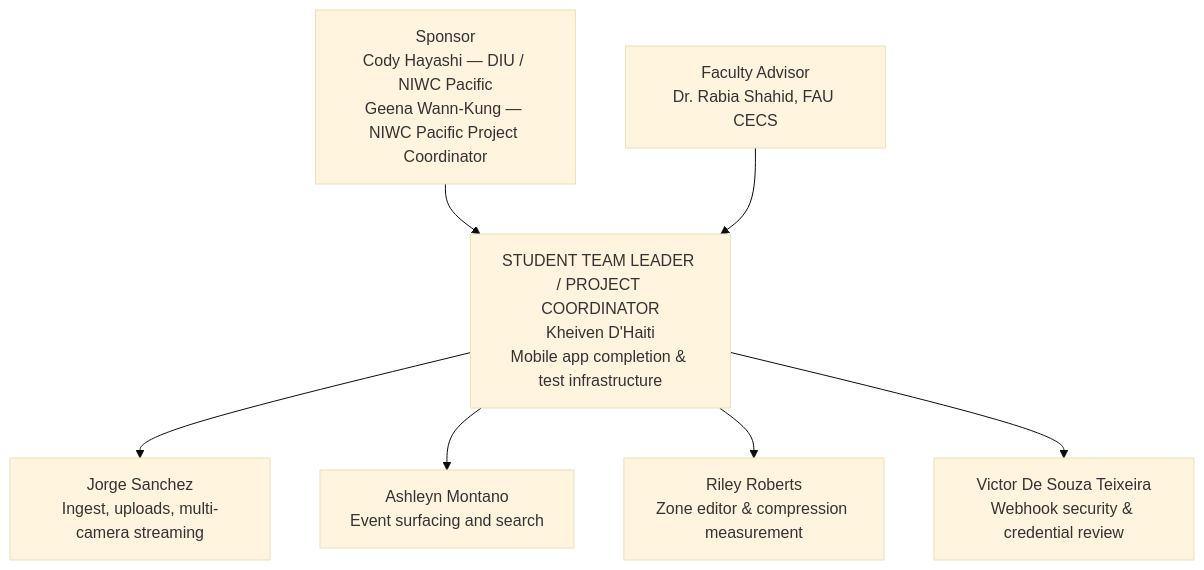
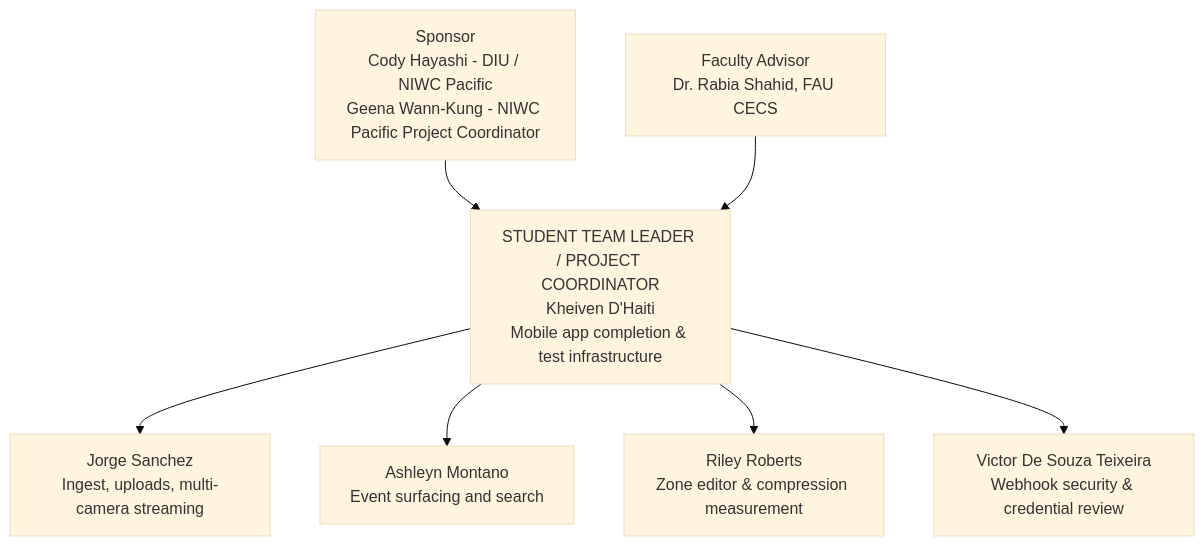
Before and after one commit to Blood-Dawn/Video-compression_2026: the diagram in docs/project-records/PROPOSAL-SECTION-2.7-ORG-CHART-AND-COMPLETED-TASKS.md, drawn with Mermaid (base theme). The commit also changed other lines of this file and 9 other files, not shown here.

````diff
--- a/docs/project-records/PROPOSAL-SECTION-2.7-ORG-CHART-AND-COMPLETED-TASKS.md
+++ b/docs/project-records/PROPOSAL-SECTION-2.7-ORG-CHART-AND-COMPLETED-TASKS.md
@@ -24,18 +24,18 @@
 ```mermaid
 flowchart TB
-    SPONSOR["Sponsor<br/>Cody Hayashi — DIU / NIWC Pacific<br/>Geena Wann-Kung — NIWC Pacific Project Coordinator"]
+    SPONSOR["Sponsor<br/>Cody Hayashi - DIU / NIWC Pacific<br/>Geena Wann-Kung - NIWC Pacific Project Coordinator"]
     ADVISOR["Faculty Advisor<br/>Dr. Rabia Shahid, FAU CECS"]
     LEADER["STUDENT TEAM LEADER / PROJECT COORDINATOR<br/>Kheiven D'Haiti<br/>Mobile app completion & test infrastructure"]
 
     JORGE["Jorge Sanchez<br/>Ingest, uploads, multi-camera streaming"]
     ASHLEYN["Ashleyn Montano<br/>Event surfacing and search"]
     RILEY["Riley Roberts<br/>Zone editor & compression measurement"]
     VICTOR["Victor De Souza Teixeira<br/>Webhook security & credential review"]
 
     SPONSOR --> LEADER
     ADVISOR --> LEADER
     LEADER --> JORGE
     LEADER --> ASHLEYN
     LEADER --> RILEY
     LEADER --> VICTOR
 ```
````
